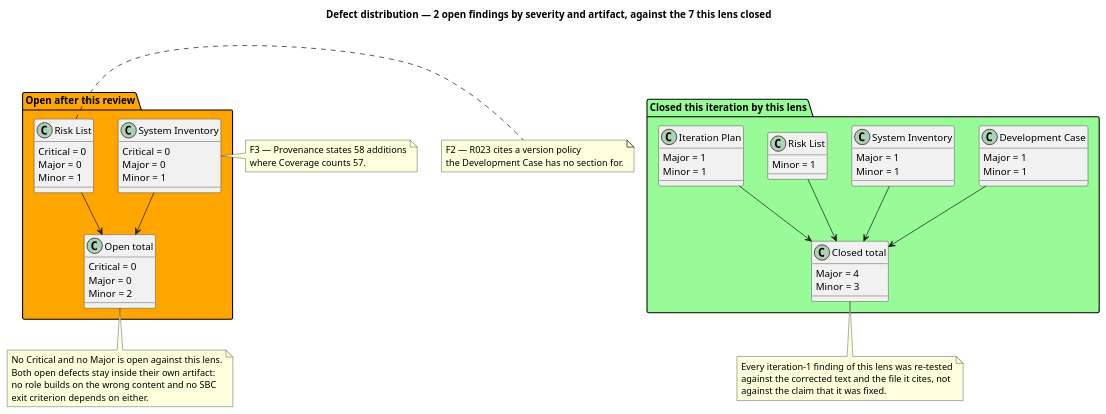
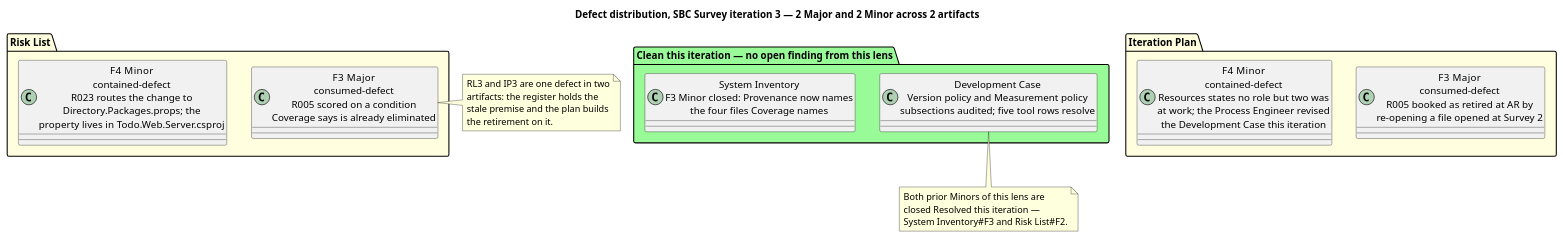
Diagram 11 of 11 in docs/artifacts/project-management/review-record.md (banense-test/TodoApp), drawn with PlantUML before and after one commit. The commit also changed other lines of this file, not shown here.

First line of the commit message:
Reviewer [Survey3]: upsert Review Record

````diff
--- a/docs/artifacts/project-management/review-record.md
+++ b/docs/artifacts/project-management/review-record.md
@@ -1054,74 +1073,34 @@
 ```plantuml
 @startuml
-title Defect distribution — 2 open findings by severity and artifact, against the 7 this lens closed
+title Defect distribution, SBC Survey iteration 3 — 2 Major and 2 Minor across 2 artifacts
 skinparam shadowing false
 skinparam classAttributeIconSize 0
 
-package "Open after this review" #Orange {
-  class "System Inventory" as SI {
-    Critical = 0
-    Major = 0
-    Minor = 1
-  }
-  class "Risk List" as RL {
-    Critical = 0
-    Major = 0
-    Minor = 1
-  }
-  class "Open total" as OPEN {
-    Critical = 0
-    Major = 0
-    Minor = 2
-  }
+package "Risk List" #LightYellow {
+  class "F3  Major\nconsumed-defect\nR005 scored on a condition\nCoverage says is already eliminated" as RL3
+  class "F4  Minor\ncontained-defect\nR023 routes the change to\nDirectory.Packages.props; the\nproperty lives in Todo.Web.Server.csproj" as RL4
 }
 
-package "Closed this iteration by this lens" #PaleGreen {
-  class "Development Case" as DC {
-    Major = 1
-    Minor = 1
-  }
-  class "System Inventory" as SIC {
-    Major = 1
-    Minor = 1
-  }
-  class "Risk List" as RLC {
-    Minor = 1
-  }
-  class "Iteration Plan" as IP {
-    Major = 1
-    Minor = 1
-  }
-  class "Closed total" as CLOSED {
-    Major = 4
-    Minor = 3
-  }
+package "Iteration Plan" #LightYellow {
+  class "F3  Major\nconsumed-defect\nR005 booked as retired at AR by\nre-opening a file opened at Survey 2" as IP3
+  class "F4  Minor\ncontained-defect\nResources states no role but two was\nat work; the Process Engineer revised\nthe Development Case this iteration" as IP4
 }
 
-SI --> OPEN
-RL --> OPEN
-DC --> CLOSED
-SIC --> CLOSED
-RLC --> CLOSED
-IP --> CLOSED
+package "Clean this iteration — no open finding from this lens" #PaleGreen {
+  class "Development Case\nVersion policy and Measurement policy\nsubsections audited; five tool rows resolve" as DC
+  class "System Inventory\nF3 Minor closed: Provenance now names\nthe four files Coverage names" as SI
+}
 
-note right of SI
-  F3 — Provenance states 58 additions
-  where Coverage counts 57.
+note right of RL3
+  RL3 and IP3 are one defect in two
+  artifacts: the register holds the
+  stale premise and the plan builds
+  the retirement on it.
 end note
-note right of RL
-  F2 — R023 cites a version policy
-  the Development Case has no section for.
-end note
-note bottom of OPEN
-  No Critical and no Major is open against this lens.
-  Both open defects stay inside their own artifact:
-  no role builds on the wrong content and no SBC
-  exit criterion depends on either.
-end note
-note bottom of CLOSED
-  Every iteration-1 finding of this lens was re-tested
-  against the corrected text and the file it cites, not
-  against the claim that it was fixed.
+note bottom of DC
+  Both prior Minors of this lens are
+  closed Resolved this iteration —
+  System Inventory#F3 and Risk List#F2.
 end note
 @enduml
 ```
````
